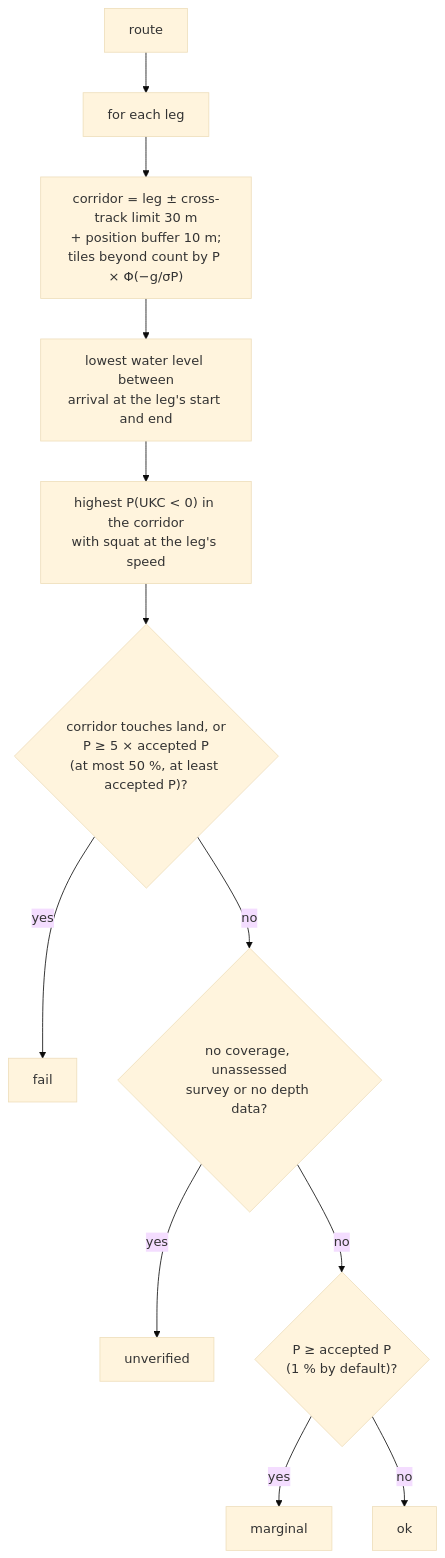
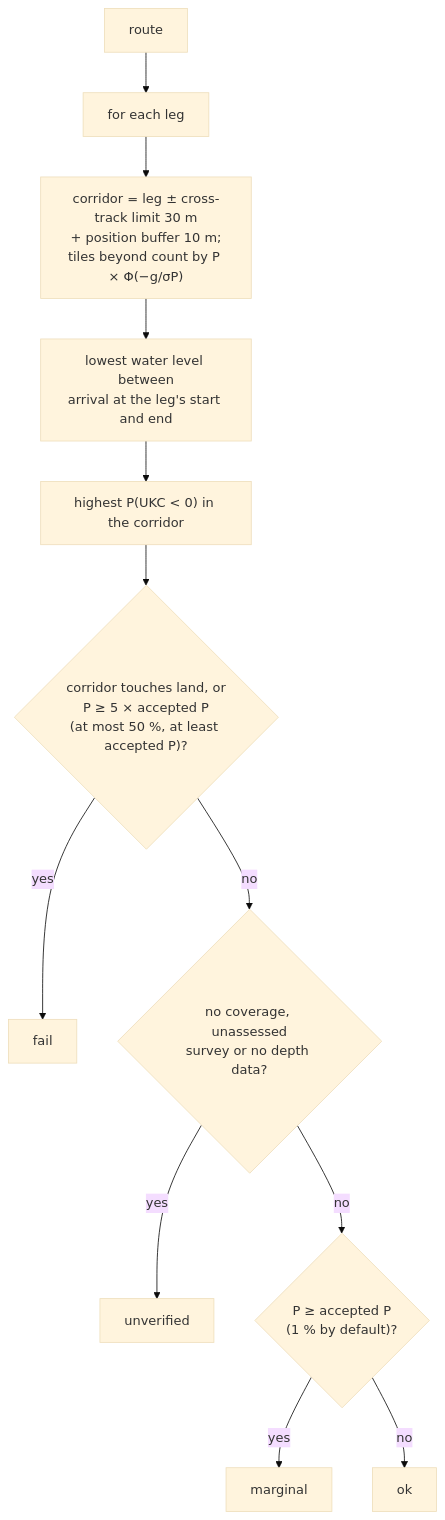
Before and after one commit to KEGustafsson/signalk-underkeel: the fifth of 6 diagrams in docs/HOW-IT-WORKS.md, drawn with Mermaid (base theme). The commit also changed other lines of this file and 60 other files, not shown here.

````diff
--- a/docs/HOW-IT-WORKS.md
+++ b/docs/HOW-IT-WORKS.md
@@ -709,14 +702,14 @@
 ```mermaid
 flowchart TD
   R[route] --> L[for each leg]
   L --> C["corridor = leg ± cross-track limit 30 m<br/>+ position buffer 10 m;<br/>tiles beyond count by P × Φ(−g/σP)"]
   C --> W[lowest water level between<br/>arrival at the leg's start and end]
-  W --> Q["highest P(UKC &lt; 0) in the corridor<br/>with squat at the leg's speed"]
+  W --> Q["highest P(UKC &lt; 0) in the corridor"]
   Q --> F{"corridor touches land, or<br/>P ≥ 5 × accepted P<br/>(at most 50 %, at least accepted P)?"}
   F -- yes --> FAIL[fail]
   F -- no --> U{"no coverage, unassessed<br/>survey or no depth data?"}
   U -- yes --> UNV[unverified]
   U -- no --> M{"P ≥ accepted P<br/>(1 % by default)?"}
   M -- yes --> MAR[marginal]
   M -- no --> OK[ok]
 ```
````
